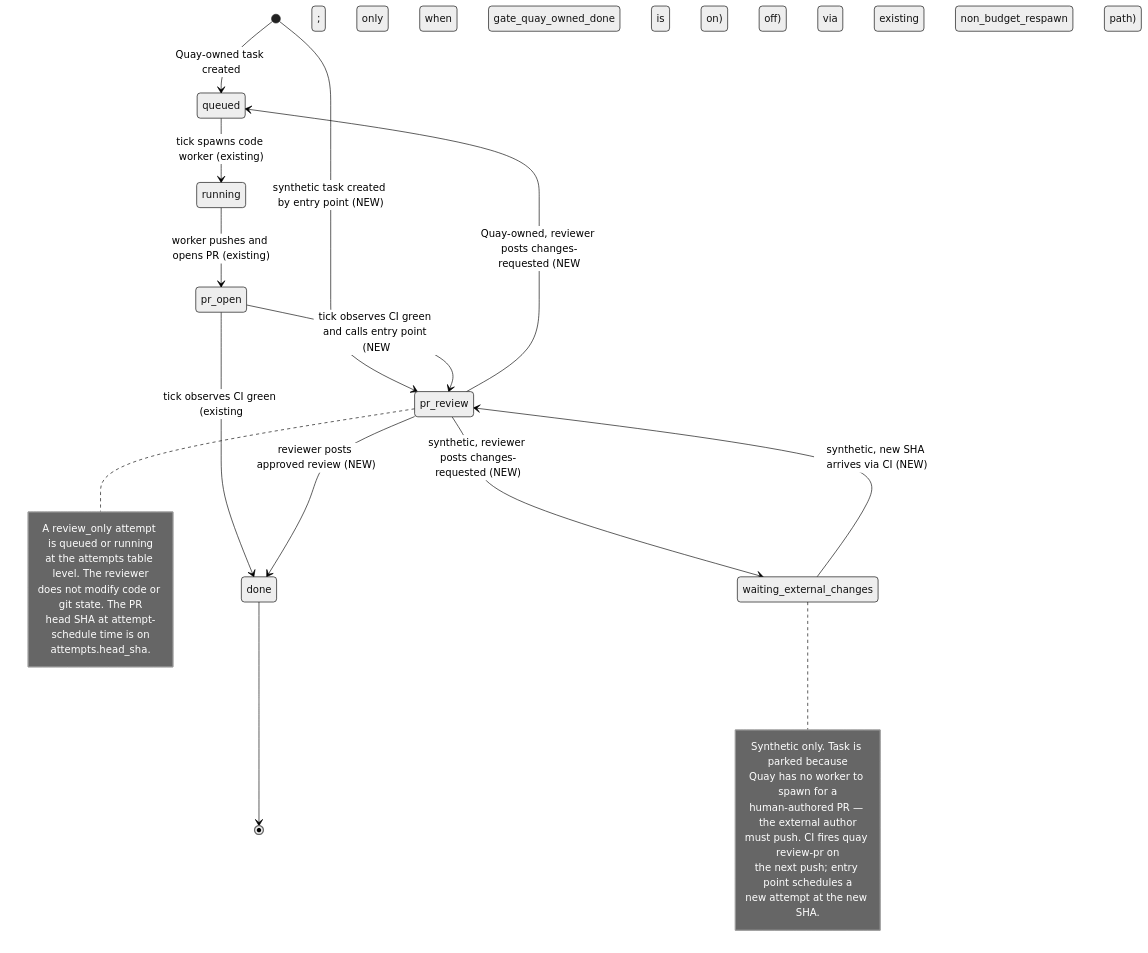
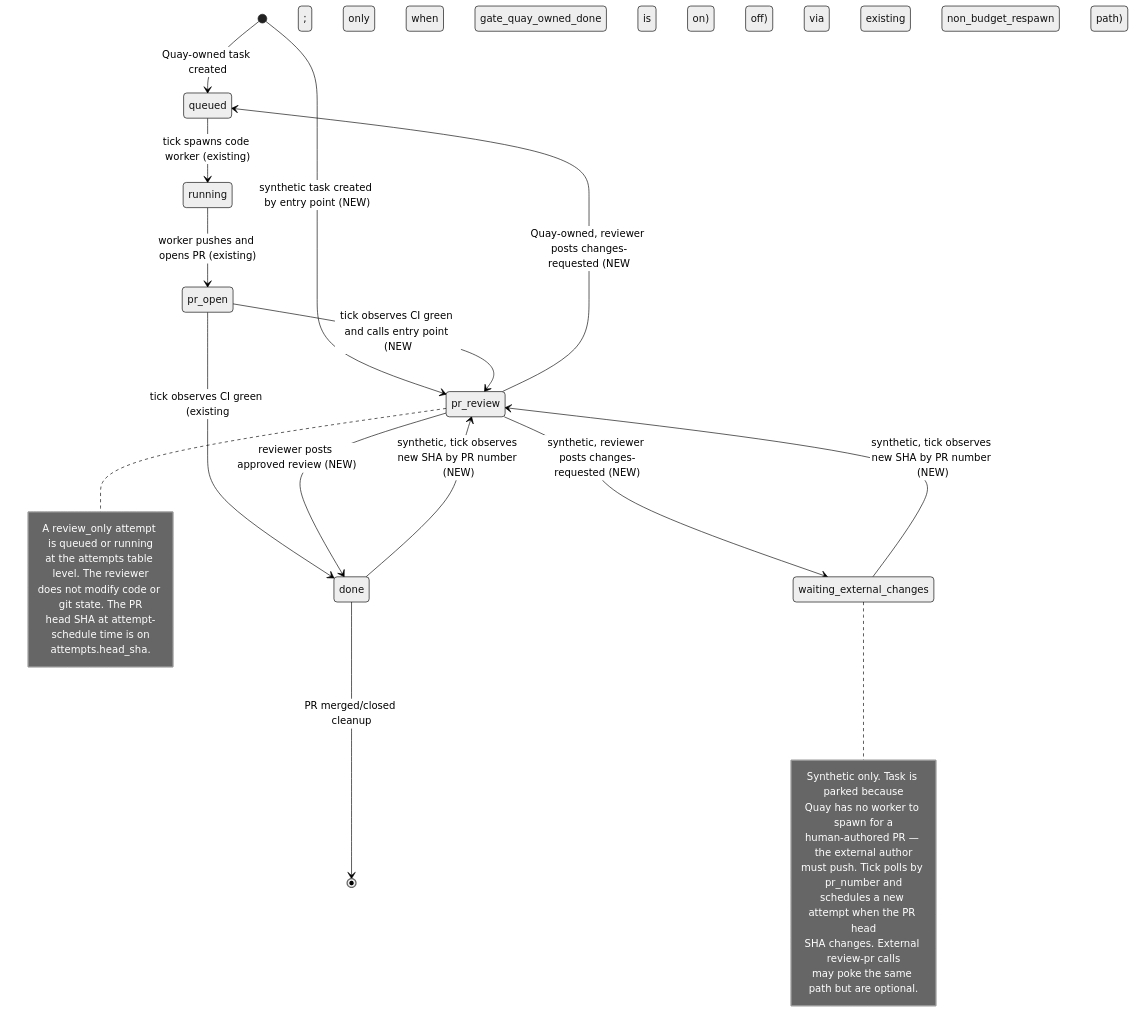
One commit to InverterNetwork/quay changed the second of 2 diagrams in docs/quay-spec-pr-review.md. Above: the diagram before and after it, drawn with Mermaid (neutral theme). The commit also changed other lines of this file and 3 other files, not shown here.

Commit message:
Document tick-owned synthetic review polling

````diff
--- a/docs/quay-spec-pr-review.md
+++ b/docs/quay-spec-pr-review.md
@@ -103,31 +103,33 @@
 ```mermaid
 stateDiagram-v2
     [*] --> queued: Quay-owned task created
     [*] --> pr_review: synthetic task created by entry point (NEW)
     queued --> running: tick spawns code worker (existing)
     running --> pr_open: worker pushes and opens PR (existing)
     pr_open --> pr_review: tick observes CI green and calls entry point (NEW; only when gate_quay_owned_done is on)
     pr_open --> done: tick observes CI green (existing; only when gate_quay_owned_done is off)
     pr_review --> done: reviewer posts approved review (NEW)
     pr_review --> queued: Quay-owned, reviewer posts changes-requested (NEW; via existing non_budget_respawn path)
     pr_review --> waiting_external_changes: synthetic, reviewer posts changes-requested (NEW)
-    waiting_external_changes --> pr_review: synthetic, new SHA arrives via CI (NEW)
-    done --> [*]
+    waiting_external_changes --> pr_review: synthetic, tick observes new SHA by PR number (NEW)
+    done --> pr_review: synthetic, tick observes new SHA by PR number (NEW)
+    done --> [*]: PR merged/closed cleanup
 
     note right of pr_review
       A review_only attempt is queued or running
       at the attempts table level. The reviewer
       does not modify code or git state. The PR
       head SHA at attempt-schedule time is on
       attempts.head_sha.
     end note
 
     note right of waiting_external_changes
       Synthetic only. Task is parked because
       Quay has no worker to spawn for a
       human-authored PR — the external author
-      must push. CI fires quay review-pr on
-      the next push; entry point schedules a
-      new attempt at the new SHA.
+      must push. Tick polls by pr_number and
+      schedules a new attempt when the PR head
+      SHA changes. External review-pr calls
+      may poke the same path but are optional.
     end note
 ```
````
